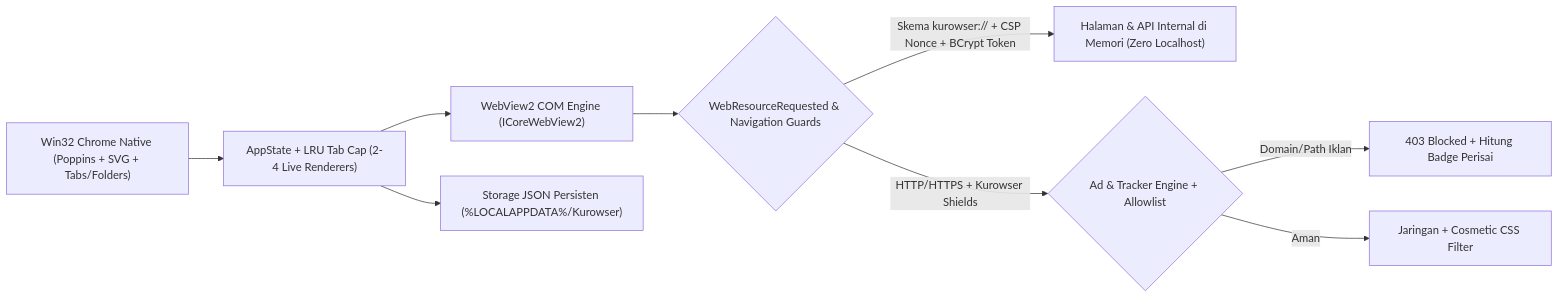
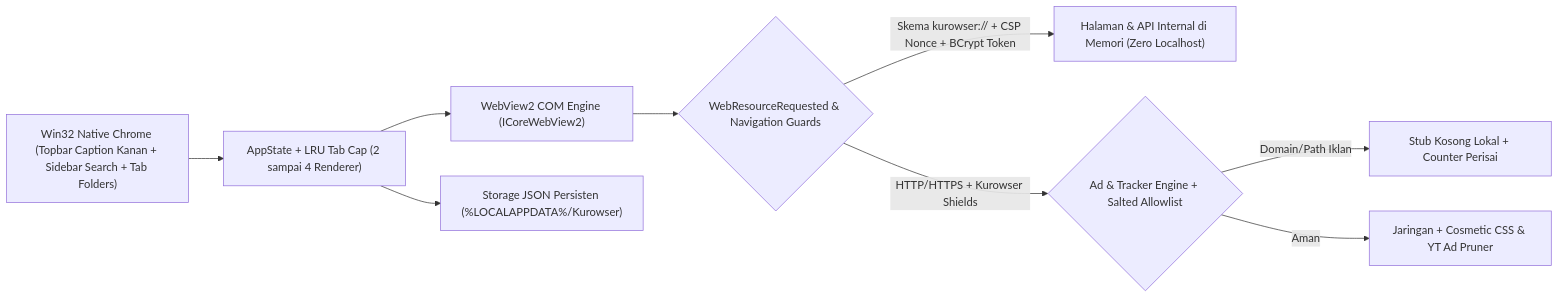
The first of 3 diagrams in README.md (devkecelup/kurowser), drawn with Mermaid before and after one commit. The commit also changed other lines of this file and 12 other files, not shown here.

First line of the commit message:
feat: refine sidebar layout, Shields blocking, top-right window controls, and README

````diff
--- a/README.md
+++ b/README.md
@@ -52,11 +95,11 @@
 ```mermaid
 flowchart LR
-    UI["Win32 Chrome Native (Poppins + SVG + Tabs/Folders)"] --> CTRL["AppState + LRU Tab Cap (2-4 Live Renderers)"]
+    UI["Win32 Native Chrome (Topbar Caption Kanan + Sidebar Search + Tab Folders)"] --> CTRL["AppState + LRU Tab Cap (2 sampai 4 Renderer)"]
     CTRL --> WV["WebView2 COM Engine (ICoreWebView2)"]
     WV --> REQ{"WebResourceRequested & Navigation Guards"}
     REQ -->|"Skema kurowser:// + CSP Nonce + BCrypt Token"| INT["Halaman & API Internal di Memori (Zero Localhost)"]
-    REQ -->|"HTTP/HTTPS + Kurowser Shields"| ADB{"Ad & Tracker Engine + Allowlist"}
-    ADB -->|"Domain/Path Iklan"| BLK["403 Blocked + Hitung Badge Perisai"]
-    ADB -->|"Aman"| NET["Jaringan + Cosmetic CSS Filter"]
+    REQ -->|"HTTP/HTTPS + Kurowser Shields"| ADB{"Ad & Tracker Engine + Salted Allowlist"}
+    ADB -->|"Domain/Path Iklan"| BLK["Stub Kosong Lokal + Counter Perisai"]
+    ADB -->|"Aman"| NET["Jaringan + Cosmetic CSS & YT Ad Pruner"]
     CTRL --> STOR["Storage JSON Persisten (%LOCALAPPDATA%/Kurowser)"]
 ```
````
